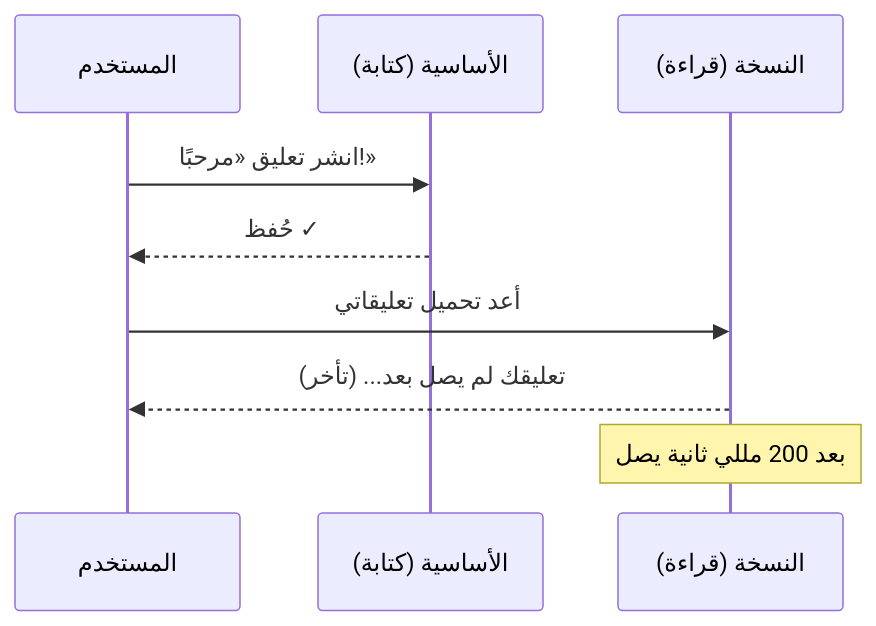
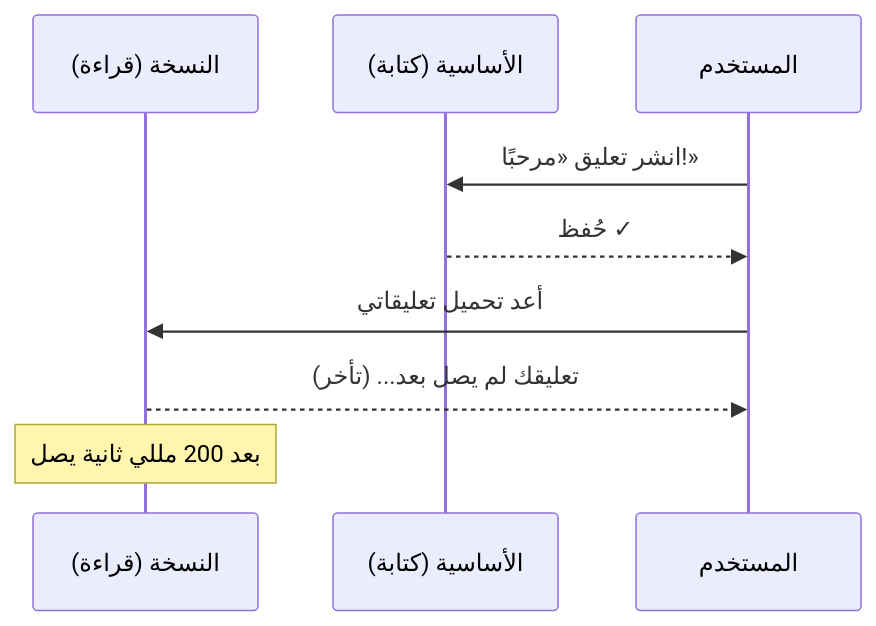
One commit to Tamoura/system-design-for-vibe-coders changed the fifth of 7 diagrams in modules/10-scaling/module.ar.md. Above: the diagram before and after it, drawn with Mermaid. The commit also changed other lines of this file and 31 other files, not shown here.

First line of the commit message:
Arabic editions: diagrams flow right to left

````diff
--- a/modules/10-scaling/module.ar.md
+++ b/modules/10-scaling/module.ar.md
@@ -321,11 +321,11 @@
 ```mermaid
 sequenceDiagram
+    participant Rep as النسخة (قراءة)
+    participant P as الأساسية (كتابة)
     participant U as المستخدم
-    participant P as الأساسية (كتابة)
-    participant Rep as النسخة (قراءة)
     U->>P: انشر تعليق «مرحبًا!»
     P-->>U: حُفظ ✓
     U->>Rep: أعد تحميل تعليقاتي
     Rep-->>U: (تأخر) ...تعليقك لم يصل بعد
     Note over Rep: بعد 200 مللي ثانية يصل
 ```
````
